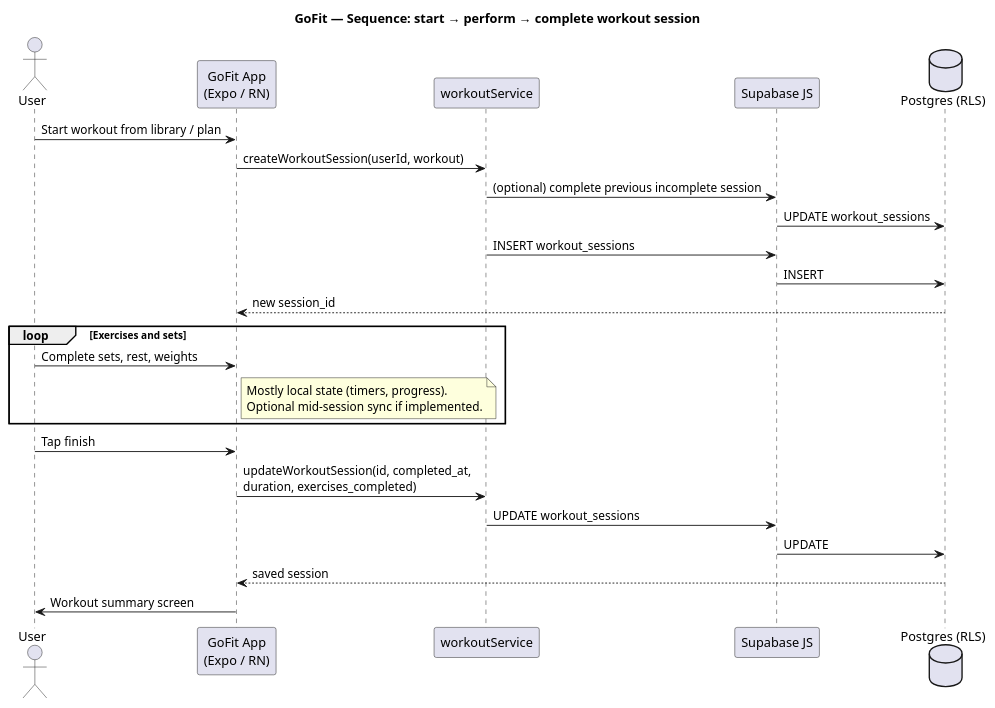
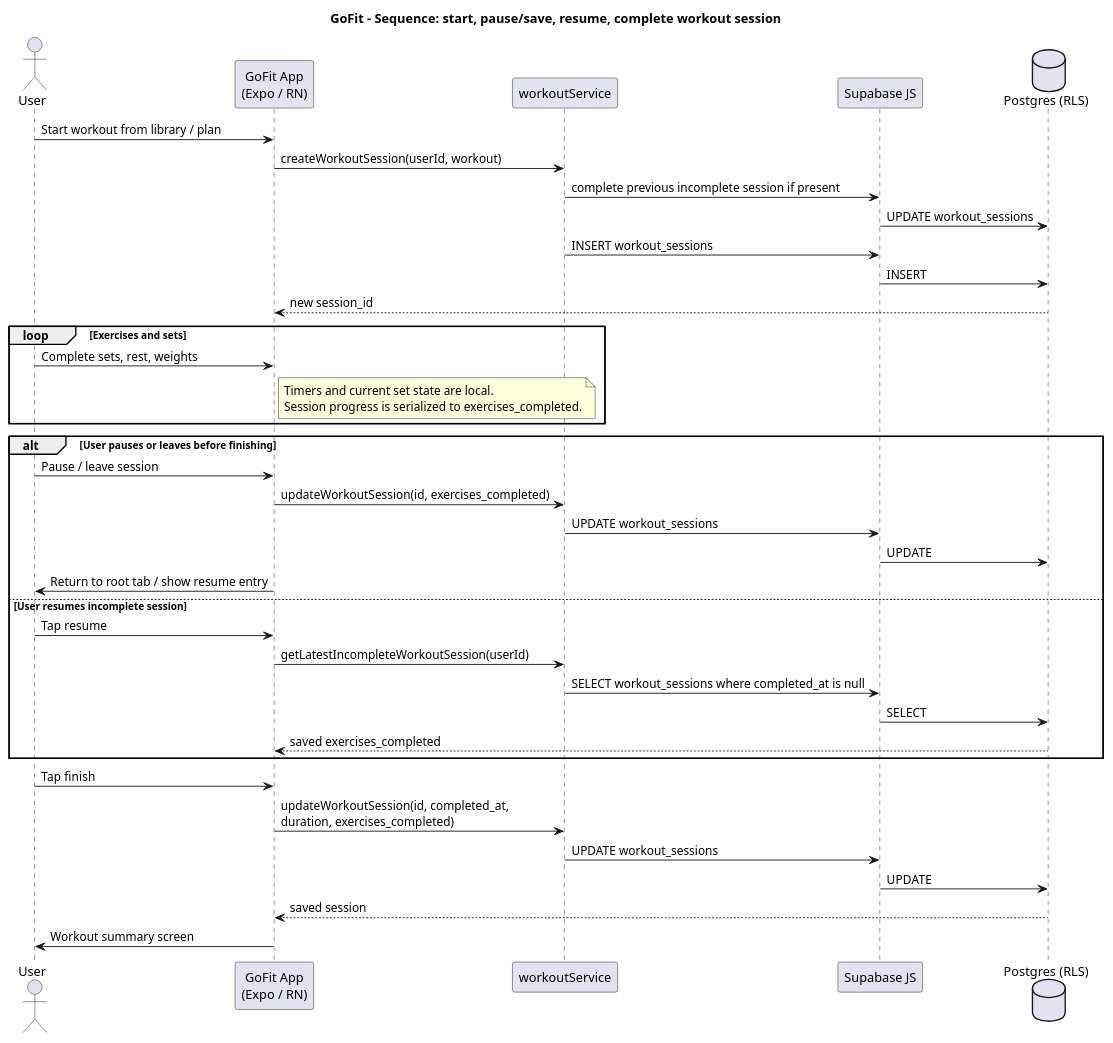
One commit to yessineblanco/GoFitFull changed the diagram in docs/diagrams/gofit-sequence-workout-session.puml. Above: the diagram before and after it, drawn with PlantUML. The commit also changed 17 other files, not shown here.

First line of the commit message:
feat: update diagrams and settings for improved visualization and functionality

```diff
--- a/docs/diagrams/gofit-sequence-workout-session.puml
+++ b/docs/diagrams/gofit-sequence-workout-session.puml
@@ -1,33 +1,48 @@
 @startuml GoFit_Sequence_WorkoutSession
-title GoFit — Sequence: start → perform → complete workout session
+!pragma layout smetana
+title GoFit - Sequence: start, pause/save, resume, complete workout session
 
 actor User
 participant "GoFit App\n(Expo / RN)" as App
 participant "workoutService" as Svc
 participant "Supabase JS" as SB
 database "Postgres (RLS)" as DB
 
 User -> App: Start workout from library / plan
 App -> Svc: createWorkoutSession(userId, workout)
-Svc -> SB: (optional) complete previous incomplete session
+Svc -> SB: complete previous incomplete session if present
 SB -> DB: UPDATE workout_sessions
 Svc -> SB: INSERT workout_sessions
 SB -> DB: INSERT
 DB --> App: new session_id
 
 loop Exercises and sets
   User -> App: Complete sets, rest, weights
   note right of App
-    Mostly local state (timers, progress).
-    Optional mid-session sync if implemented.
+    Timers and current set state are local.
+    Session progress is serialized to exercises_completed.
   end note
+end
+
+alt User pauses or leaves before finishing
+  User -> App: Pause / leave session
+  App -> Svc: updateWorkoutSession(id, exercises_completed)
+  Svc -> SB: UPDATE workout_sessions
+  SB -> DB: UPDATE
+  App -> User: Return to root tab / show resume entry
+else User resumes incomplete session
+  User -> App: Tap resume
+  App -> Svc: getLatestIncompleteWorkoutSession(userId)
+  Svc -> SB: SELECT workout_sessions where completed_at is null
+  SB -> DB: SELECT
+  DB --> App: saved exercises_completed
 end
 
 User -> App: Tap finish
 App -> Svc: updateWorkoutSession(id, completed_at,\nduration, exercises_completed)
 Svc -> SB: UPDATE workout_sessions
 SB -> DB: UPDATE
 DB --> App: saved session
 App -> User: Workout summary screen
 
 @enduml
```
